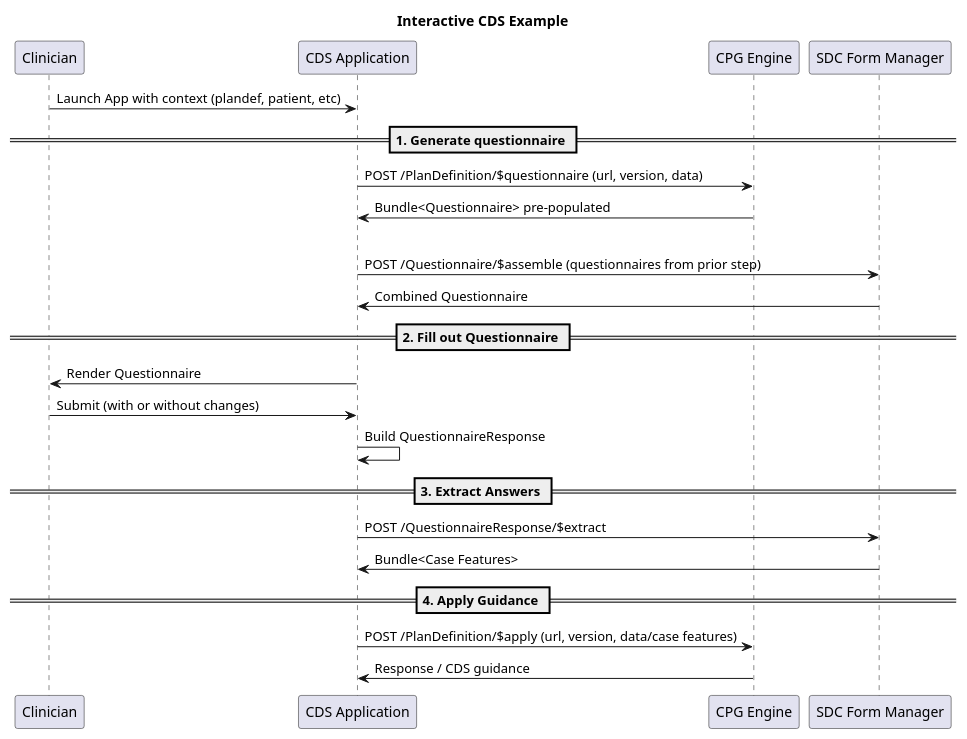
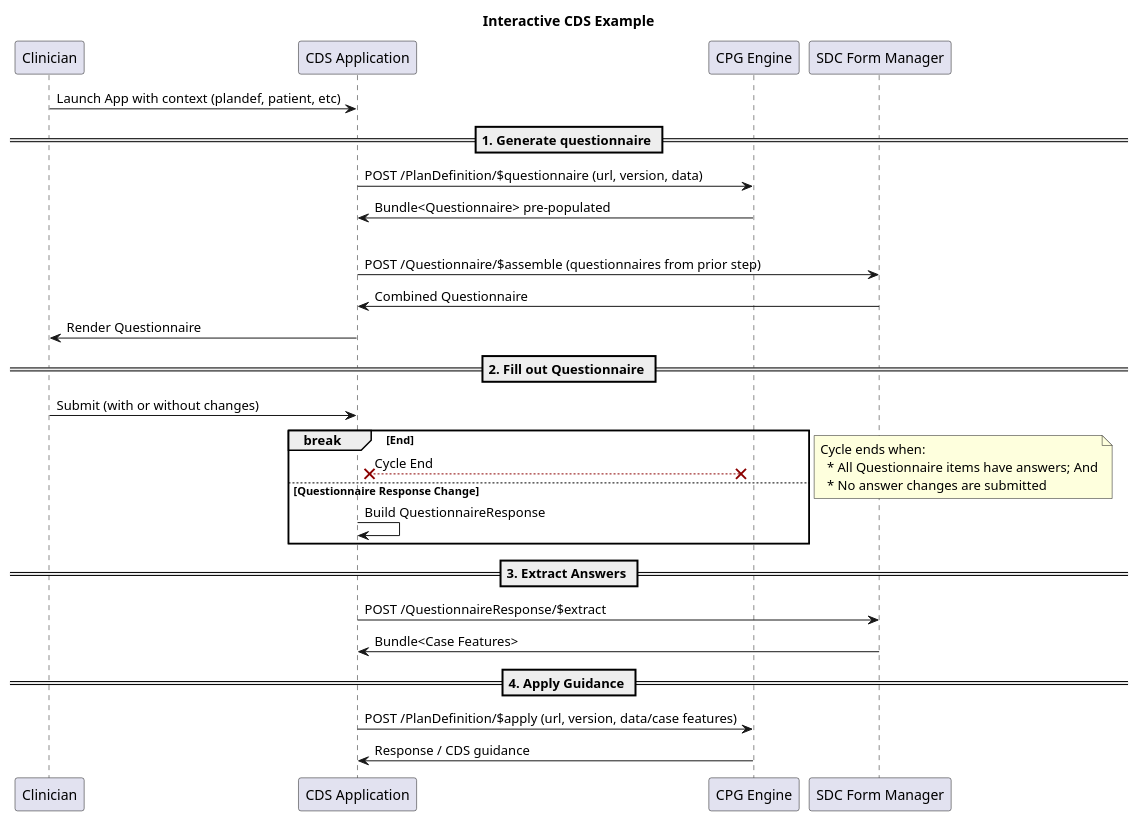
Before and after one commit to reason-healthcare/interactive-cds-content: the diagram in input/fsh/test-cases/pd-questionnaire-extract-apply-examples/sequence.puml, drawn with PlantUML.

Commit message:
WIP update sequence diagram

```diff
--- a/input/fsh/test-cases/pd-questionnaire-extract-apply-examples/sequence.puml
+++ b/input/fsh/test-cases/pd-questionnaire-extract-apply-examples/sequence.puml
@@ -1,62 +1,82 @@
 @startuml
 
 title Interactive CDS Example
 
 participant Clinician
 participant CDS as "CDS Application"
 participant CPG as "CPG Engine"
 participant SDCManager as "SDC Form Manager"
 
 
 Clinician -> CDS: Launch App with context (plandef, patient, etc)
 == 1. Generate questionnaire ==
 
 CDS -> CPG: POST /PlanDefinition/$questionnaire (url, version, data)
 CPG -> CDS: Bundle<Questionnaire> pre-populated
 ' note left
 '   See Postman
 '   * "Generate Questionnaire from PlanDefinition $questionnaire"
 ' end note
 
 |||
 
 CDS -> SDCManager: POST /Questionnaire/$assemble (questionnaires from prior step)
 SDCManager -> CDS: Combined Questionnaire
 
 ' note left
 '   See: [[file:///Users/bkaney/projects/doudecim/CPGTraining/output/Questionnaire-QuestionnaireAssembled1.html Example Assembled]]
 ' end note
+CDS -> Clinician: Render Questionnaire
 
 == 2. Fill out Questionnaire ==
 
-CDS -> Clinician: Render Questionnaire
 Clinician -> CDS: Submit (with or without changes)
-CDS -> CDS: Build QuestionnaireResponse
+break End
+    CDS X<--[#8B0000]>X CPG: Cycle End
+else Questionnaire Response Change
+    CDS -> CDS: Build QuestionnaireResponse
+end
+
+note left
+  Cycle ends when:
+    * All Questionnaire items have answers; And
+    * No answer changes are submitted
+end note
+
+' CDS X<--[#8B0000]>X CPG: Cycle End
+
+' note right
+'   Cycle ends when:
+'     * All Questionnaire items have answers; And
+'     * No answer changes are submitted
+' end note
+
+' CDS -> CDS: Build QuestionnaireResponse
 
 ' note left
 '   * [[file:///Users/bkaney/projects/doudecim/CPGTraining/output/QuestionnaireResponse-QuestionnaireResponse1.html No change]]
 '   * [[file:///Users/bkaney/projects/doudecim/CPGTraining/output/QuestionnaireResponse-QuestionnaireResponse2.html Specify CBC date]]
 ' end note
 
 == 3. Extract Answers ==
 
 CDS -> SDCManager: POST /QuestionnaireResponse/$extract
 SDCManager -> CDS: Bundle<Case Features>
 
 ' note left
 '   * [[file:///Users/bkaney/projects/doudecim/CPGTraining/output/Bundle-ExtractOutput1.html No change extract]]
 '   * [[file:///Users/bkaney/projects/doudecim/CPGTraining/output/Bundle-ExtractOutput2.html Specify CBC date extract]]
 ' end note
 
 == 4. Apply Guidance ==
 
 CDS -> CPG: POST /PlanDefinition/$apply (url, version, data/case features)
 CPG -> CDS: Response / CDS guidance
 
 ' note left
 '   See Postman:
 '   * "Call PlanDefinition $apply (without recent CBC date)"
 '   * "Call PlanDefinition $apply (with recent CBC date)"
 ' end note
 
 @enduml
```
